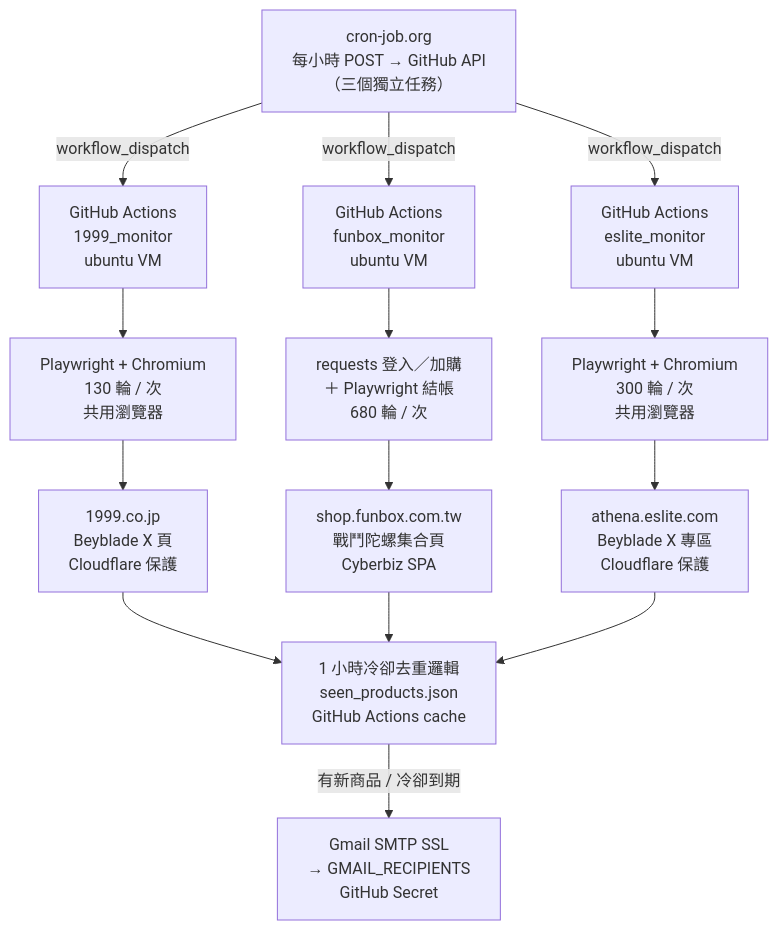
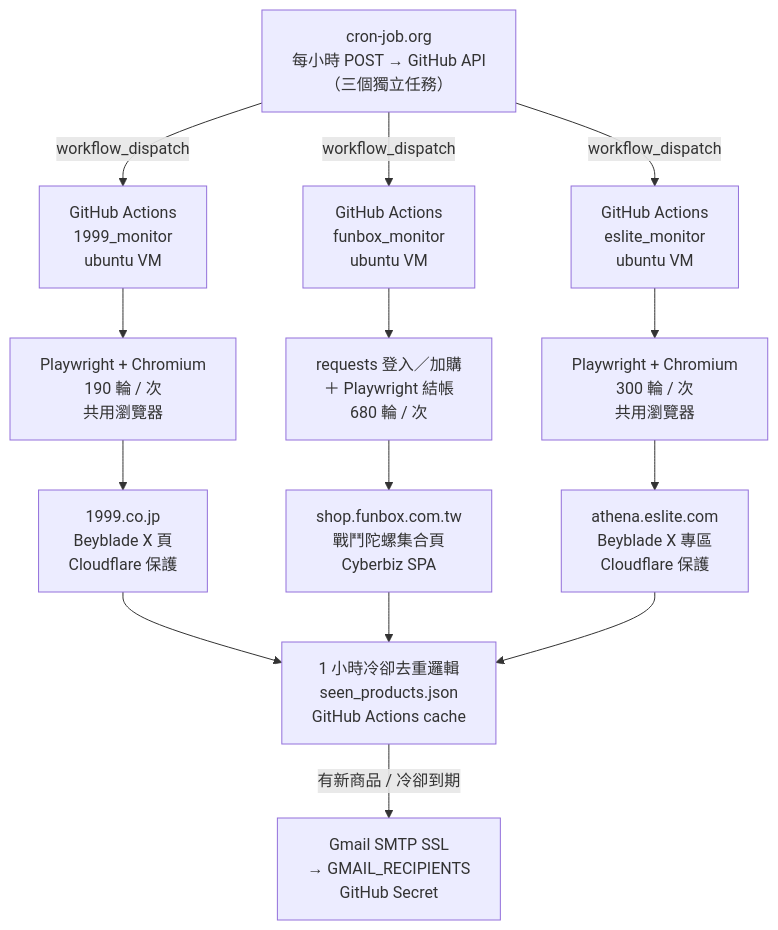
Before and after one commit to k0341055/beyblade-funbox-monitor: the diagram in README.md, drawn with Mermaid. The commit also changed other lines of this file and 2 other files, not shown here.

Commit message:
feat: 1999 monitor 加入自動加購購物車功能
- 登入 1999.co.jp 帳號，全程復用同一 session（190 輪不重啟瀏覽器）
- 偵測到有庫存商品即自動加入購物車（每款限購 1 件，不改數量）
- 廣播通知（1 小時冷卻）寄所有 GMAIL_RECIPIENTS，含加購狀態與結帳連結
- 個人加購結果通知每輪寄 SITE_1999_EMAIL，明列成功/失敗各商品
- workflow 加入 SITE_1999_EMAIL / SITE_1999_PASSWORD secret 注入
- README 輪數更新為 190 輪

````diff
--- a/README.md
+++ b/README.md
@@ -9,22 +9,22 @@
 ```mermaid
 flowchart TD
     CRON["cron-job.org\n每小時 POST → GitHub API\n（三個獨立任務）"]
 
     CRON -->|workflow_dispatch| GA1["GitHub Actions\n1999_monitor\nubuntu VM"]
     CRON -->|workflow_dispatch| GA2["GitHub Actions\nfunbox_monitor\nubuntu VM"]
     CRON -->|workflow_dispatch| GA3["GitHub Actions\neslite_monitor\nubuntu VM"]
 
-    GA1 --> PW1["Playwright + Chromium\n130 輪 / 次\n共用瀏覽器"]
+    GA1 --> PW1["Playwright + Chromium\n190 輪 / 次\n共用瀏覽器"]
     GA2 --> REQ["requests 登入／加購\n＋ Playwright 結帳\n680 輪 / 次"]
     GA3 --> PW3["Playwright + Chromium\n300 輪 / 次\n共用瀏覽器"]
 
     PW1 --> SITE1["1999.co.jp\nBeyblade X 頁\nCloudflare 保護"]
     REQ --> SITE2["shop.funbox.com.tw\n戰鬥陀螺集合頁\nCyberbiz SPA"]
     PW3 --> SITE3["athena.eslite.com\nBeyblade X 專區\nCloudflare 保護"]
 
     SITE1 --> COOL["1 小時冷卻去重邏輯\nseen_products.json\nGitHub Actions cache"]
     SITE2 --> COOL
     SITE3 --> COOL
 
     COOL -->|有新商品 / 冷卻到期| MAIL["Gmail SMTP SSL\n→ GMAIL_RECIPIENTS\nGitHub Secret"]
 ```
````
